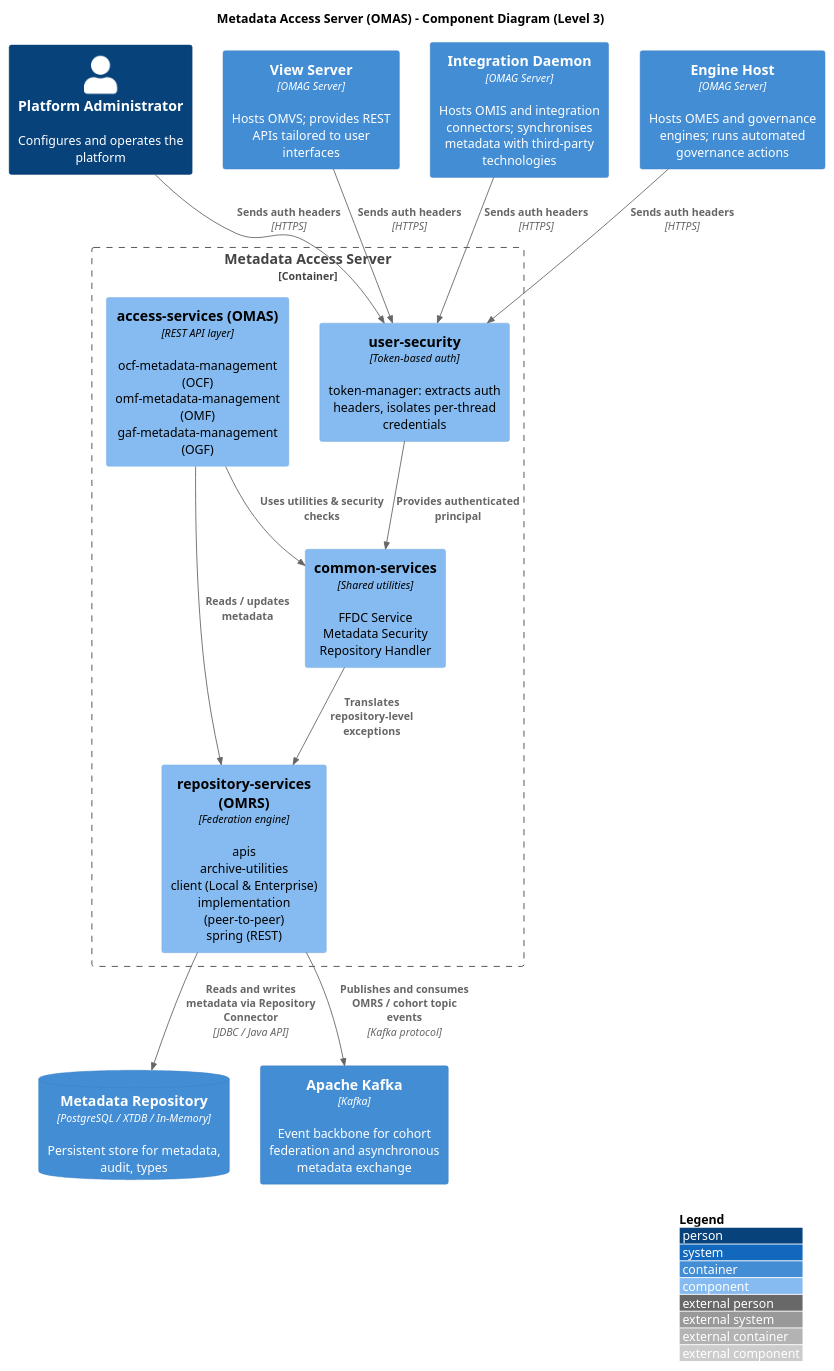
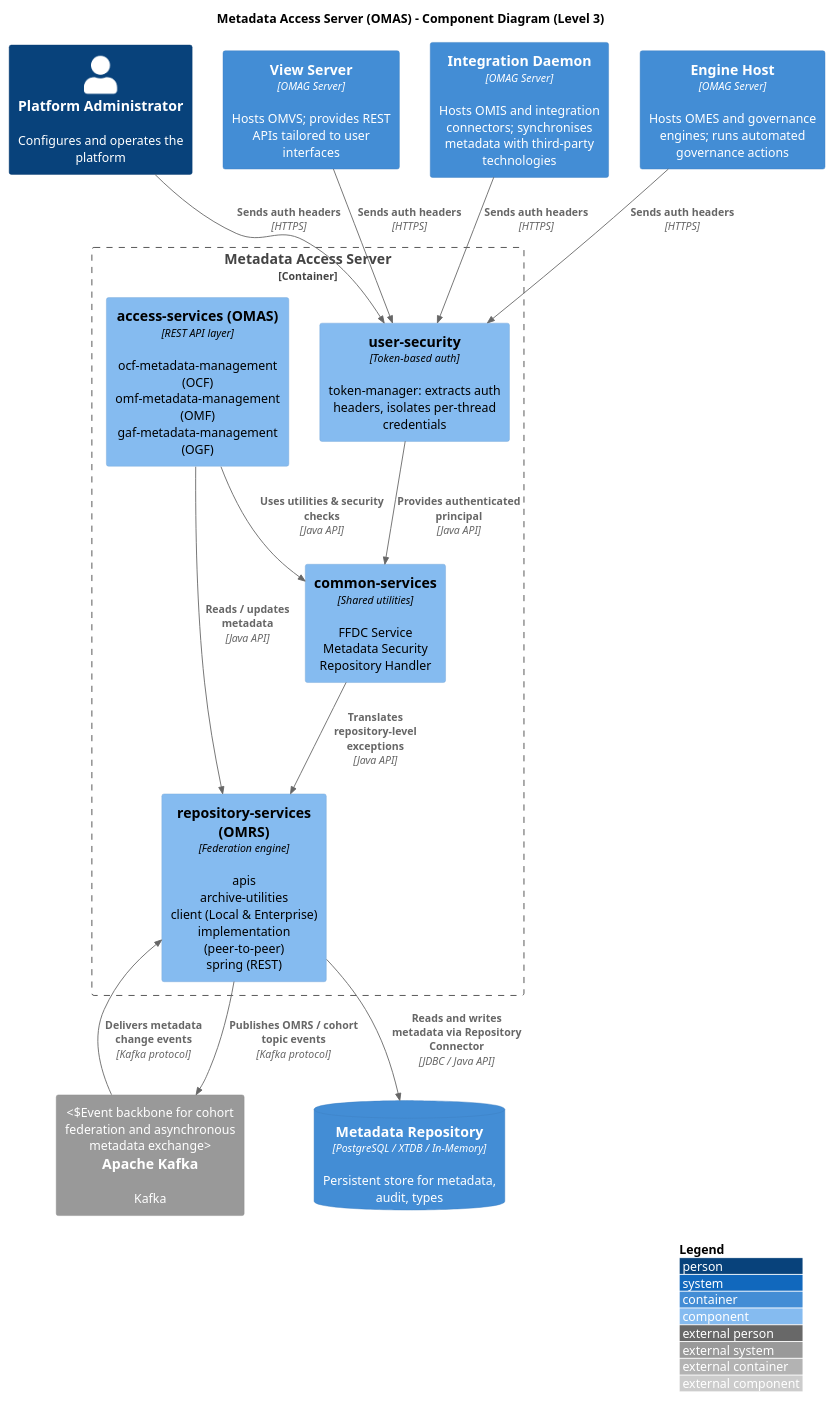
The diagram in diagrams/c4/component-metadata-access-server.puml (PoliTO-SwDA-2026-Team18/project), drawn with PlantUML before and after one commit. The commit also changed 1 other file, not shown here.

```diff
--- a/diagrams/c4/component-metadata-access-server.puml
+++ b/diagrams/c4/component-metadata-access-server.puml
@@ -1,42 +1,43 @@
 @startuml C4_Component_MetadataAccessServer
 !include https://raw.githubusercontent.com/plantuml-stdlib/C4-PlantUML/master/C4_Component.puml
 
 LAYOUT_WITH_LEGEND()
 
 title Metadata Access Server (OMAS) - Component Diagram (Level 3)
 
 Person(admin,   "Platform Administrator", "Configures and operates the platform")
 Container(view,   "View Server",         "OMAG Server", "Hosts OMVS; provides REST APIs tailored to user interfaces")
 Container(intd,   "Integration Daemon",  "OMAG Server", "Hosts OMIS and integration connectors; synchronises metadata with third-party technologies")
 Container(engine, "Engine Host",         "OMAG Server", "Hosts OMES and governance engines; runs automated governance actions")
 ContainerDb(dataRepo, "Metadata Repository", "PostgreSQL / XTDB / In-Memory", "Persistent store for metadata, audit, types")
-Container(msgBus, "Apache Kafka", "Kafka", "Event backbone for cohort federation and asynchronous metadata exchange")
+System_Ext(msgBus, "Apache Kafka", "Kafka", "Event backbone for cohort federation and asynchronous metadata exchange")
 
 Container_Boundary(mas, "Metadata Access Server") {
 
     Component(userSec, "user-security", "Token-based auth", "token-manager: extracts auth headers, isolates per-thread credentials")
 
     Component(access, "access-services (OMAS)", "REST API layer", "ocf-metadata-management (OCF)\nomf-metadata-management (OMF)\ngaf-metadata-management (OGF)")
 
     Component(common, "common-services", "Shared utilities", "FFDC Service\nMetadata Security\nRepository Handler")
 
     Component(omrs, "repository-services (OMRS)", "Federation engine", "apis\narchive-utilities\nclient (Local & Enterprise)\nimplementation (peer-to-peer)\nspring (REST)")
 }
 
 Rel(admin,   userSec, "Sends auth headers", "HTTPS")
 Rel(view,    userSec, "Sends auth headers", "HTTPS")
 Rel(intd,    userSec, "Sends auth headers", "HTTPS")
 Rel(engine,  userSec, "Sends auth headers", "HTTPS")
 
 
 
-Rel(access, common, "Uses utilities & security checks")
-Rel(access, omrs, "Reads / updates metadata")
+Rel(access, common, "Uses utilities & security checks", "Java API")
+Rel(access, omrs, "Reads / updates metadata", "Java API")
 
-Rel(common, omrs, "Translates repository-level exceptions")
-Rel(userSec, common, "Provides authenticated principal")
+Rel(common, omrs, "Translates repository-level exceptions", "Java API")
+Rel(userSec, common, "Provides authenticated principal", "Java API")
 
 Rel(omrs, dataRepo, "Reads and writes metadata via Repository Connector", "JDBC / Java API")
-Rel(omrs, msgBus, "Publishes and consumes OMRS / cohort topic events", "Kafka protocol")
+Rel(omrs, msgBus, "Publishes OMRS / cohort topic events", "Kafka protocol")
+Rel(msgBus, omrs, "Delivers metadata change events", "Kafka protocol")
 
 @enduml
```
